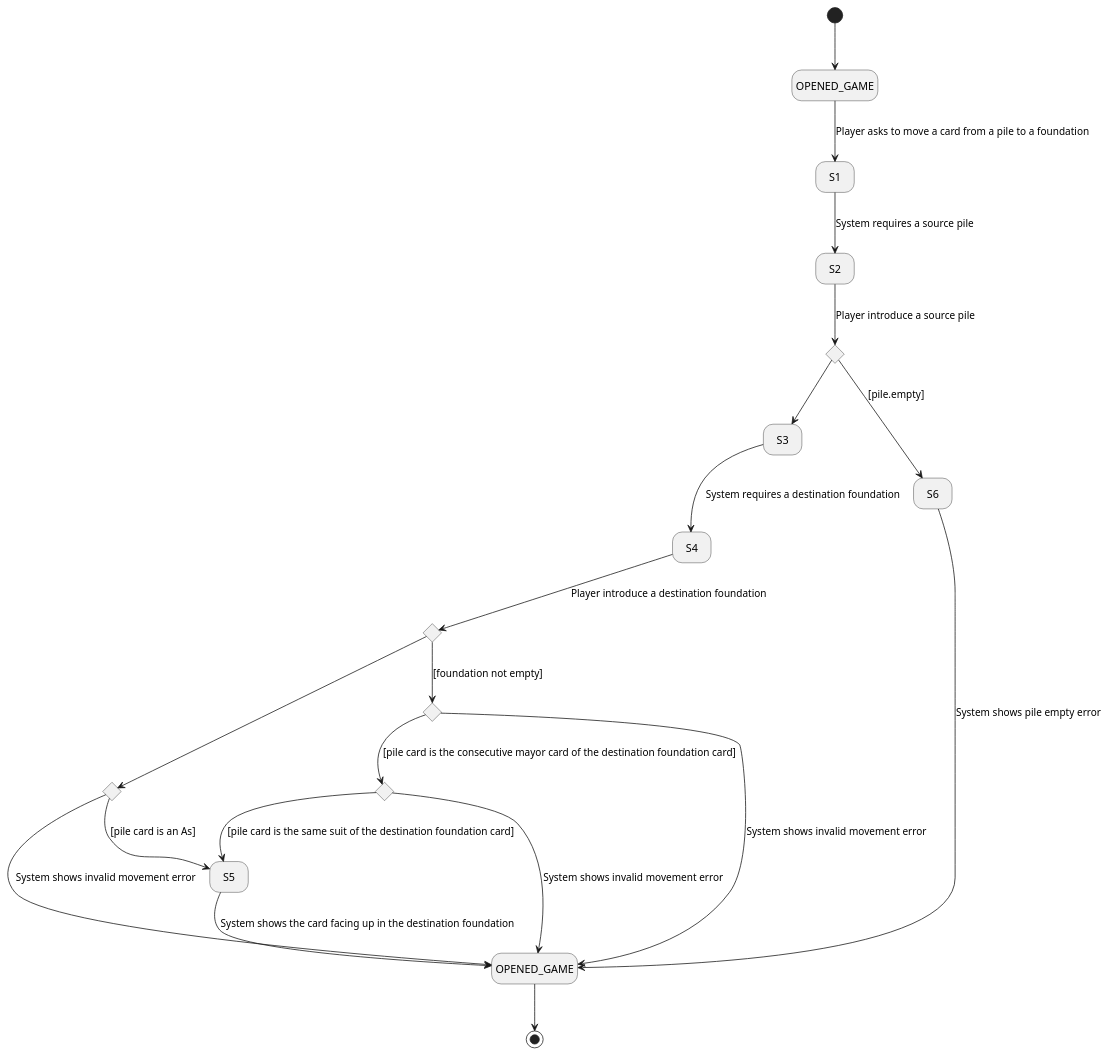
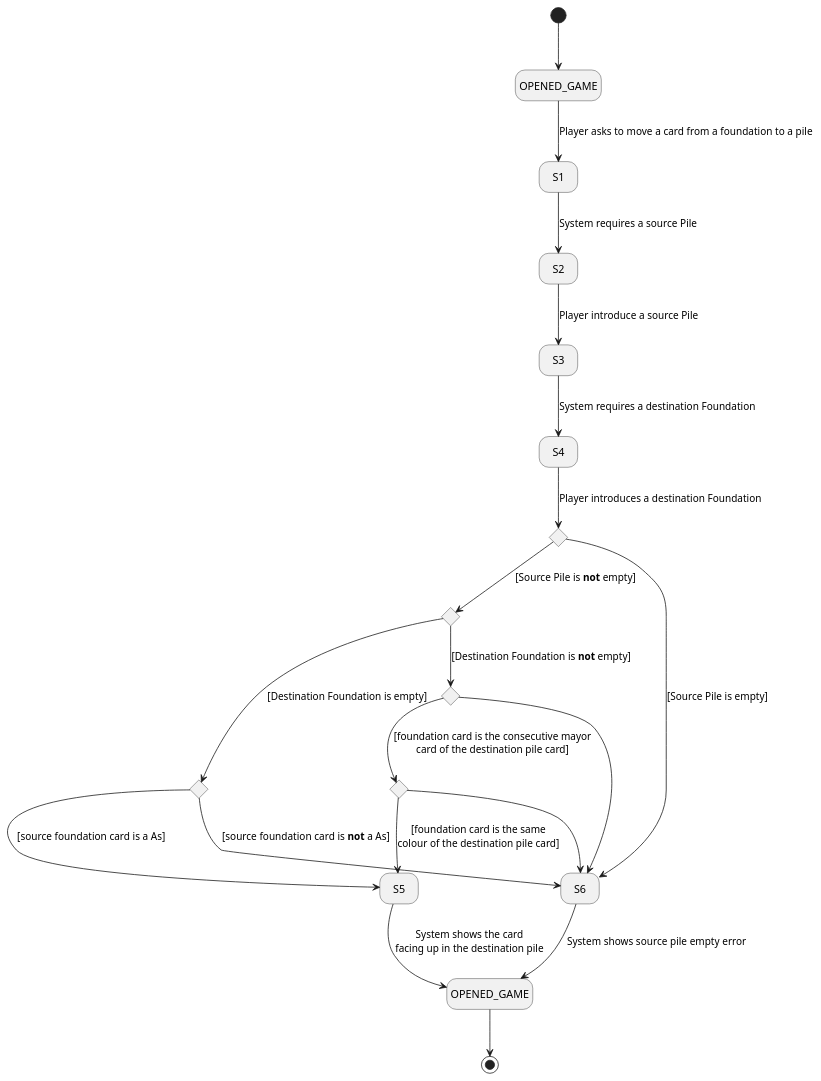
One commit to ciscoruiz/klondike changed the diagram in useCaseView/MovePileToFoundation.puml. Above: the diagram before and after it, drawn with PlantUML.

Commit message:
Balance the use case MovePileToFoundation with its interface

```diff
--- a/useCaseView/MovePileToFoundation.puml
+++ b/useCaseView/MovePileToFoundation.puml
@@ -1,34 +1,41 @@
-@startuml PileToFoundationUC
+@startuml MovePileToFoundation
 
 hide empty description
 
 state OPENED_GAME_UP as "OPENED_GAME"
-state emptyPile <<choice>>
-state emptyFoundation <<choice>>
-state asCard <<choice>>
+state checkSource <<choice>>
+state CheckDestination <<choice>>
+state kingCard <<choice>>
 state consecutiveCards <<choice>>
 state sameSuiteCards <<choice>>
 state OPENED_GAME_DOWN as "OPENED_GAME"
 
 [*] --> OPENED_GAME_UP
-OPENED_GAME_UP --> S1: Player asks to move a card from a pile to a foundation
-S1 --> S2: System requires a source pile
-S2 --> emptyPile: Player introduce a source pile
-emptyPile --> S3
-emptyPile --> S6: [pile.empty]
-S6 --> OPENED_GAME_DOWN: System shows pile empty error
-S3 -->  S4: System requires a destination foundation
-S4 --> emptyFoundation: Player introduce a destination foundation
-emptyFoundation --> asCard
-asCard --> OPENED_GAME_DOWN: System shows invalid movement error
-asCard --> S5: [pile card is an As]
-emptyFoundation --> consecutiveCards: [foundation not empty]
-consecutiveCards --> sameSuiteCards: [pile card is the consecutive mayor card of the destination foundation card]
-consecutiveCards --> OPENED_GAME_DOWN: System shows invalid movement error
-sameSuiteCards --> S5: [pile card is the same suit of the destination foundation card]
-sameSuiteCards --> OPENED_GAME_DOWN: System shows invalid movement error
-S5 --> OPENED_GAME_DOWN: System shows the card facing up in the destination foundation
+OPENED_GAME_UP --> S1: Player asks to move a card from a foundation to a pile
+S1 --> S2: System requires a source Pile
+S2 --> S3: Player introduce a source Pile
+S3 --> S4 : System requires a destination Foundation
+S4 --> checkSource : Player introduces a destination Foundation
+
+checkSource --> S6: [Source Pile is empty]
+S6 -> OPENED_GAME_DOWN: System shows source pile empty error
+
+checkSource --> CheckDestination : [Source Pile is **not** empty]
+
+CheckDestination --> kingCard : [Destination Foundation is empty]
+
+kingCard -> S5 : [source foundation card is a As]
+kingCard --> S6 : [source foundation card is **not** a As]
+
+
+CheckDestination --> consecutiveCards: [Destination Foundation is **not** empty]
+consecutiveCards --> sameSuiteCards: [foundation card is the consecutive mayor\ncard of the destination pile card]
+consecutiveCards -> S6
+
+sameSuiteCards -down-> S5: [foundation card is the same\ncolour of the destination pile card]
+sameSuiteCards -down-> S6
+S5 --> OPENED_GAME_DOWN: System shows the card\nfacing up in the destination pile
 
 OPENED_GAME_DOWN -->[*]
 
 @enduml
```
